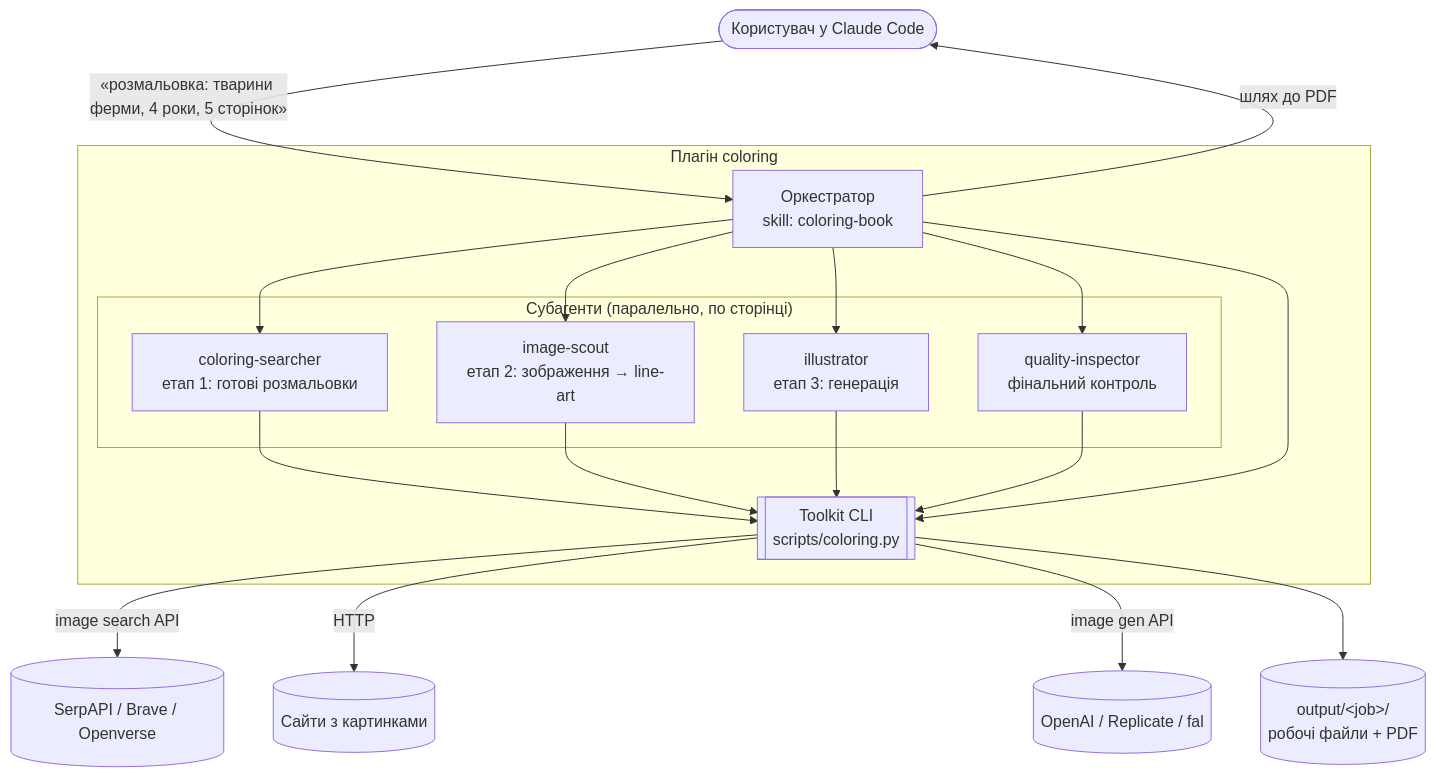
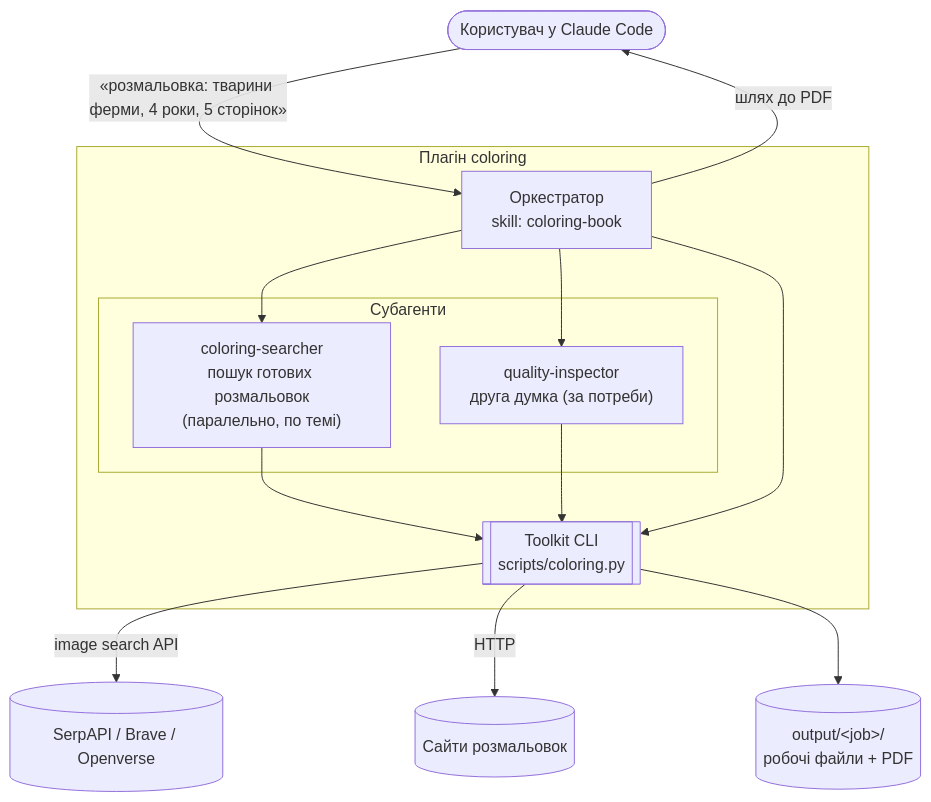
One commit to dmytro-mazur-git/coloring changed the first of 3 diagrams in docs/architecture.md. Above: the diagram before and after it, drawn with Mermaid. The commit also changed other lines of this file and 33 other files, not shown here.

First line of the commit message:
Search only: remove image generation and conversion to line art

````diff
--- a/docs/architecture.md
+++ b/docs/architecture.md
@@ -49,25 +43,22 @@
 ```mermaid
 flowchart TB
     U([Користувач у Claude Code]) -->|"«розмальовка: тварини ферми, 4 роки, 5 сторінок»"| O
 
     subgraph Plugin["Плагін coloring"]
         O["Оркестратор<br/>skill: coloring-book"]
-        subgraph Agents["Субагенти (паралельно, по сторінці)"]
-            A1["coloring-searcher<br/>етап 1: готові розмальовки"]
-            A2["image-scout<br/>етап 2: зображення → line-art"]
-            A3["illustrator<br/>етап 3: генерація"]
-            A4["quality-inspector<br/>фінальний контроль"]
+        subgraph Agents["Субагенти"]
+            A1["coloring-searcher<br/>пошук готових розмальовок<br/>(паралельно, по темі)"]
+            A4["quality-inspector<br/>друга думка (за потреби)"]
         end
         T[["Toolkit CLI<br/>scripts/coloring.py"]]
     end
 
-    O --> A1 & A2 & A3 & A4
-    A1 & A2 & A3 & A4 --> T
+    O --> A1 & A4
+    A1 & A4 --> T
     O --> T
 
     T -->|image search API| S[(SerpAPI / Brave / Openverse)]
-    T -->|HTTP| W[(Сайти з картинками)]
-    T -->|image gen API| G[(OpenAI / Replicate / fal)]
+    T -->|HTTP| W[(Сайти розмальовок)]
     T --> FS[("output/&lt;job&gt;/<br/>робочі файли + PDF")]
     O -->|шлях до PDF| U
 ```
````
